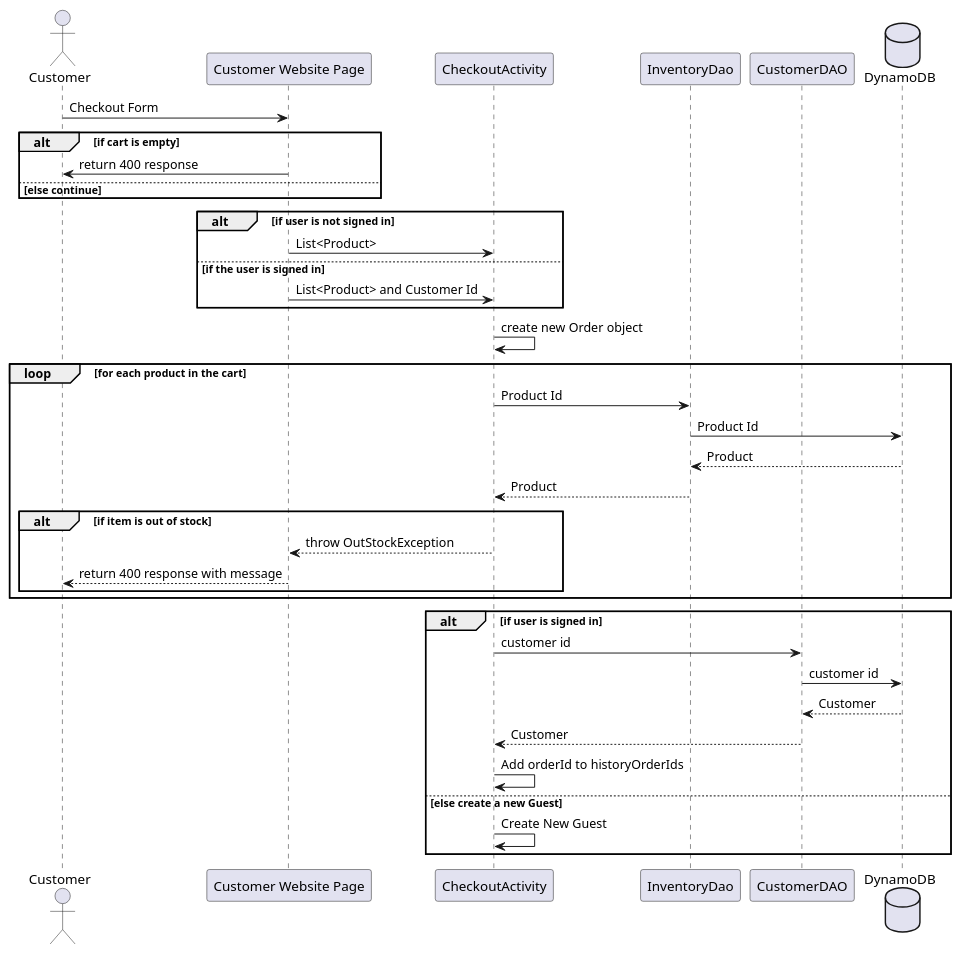
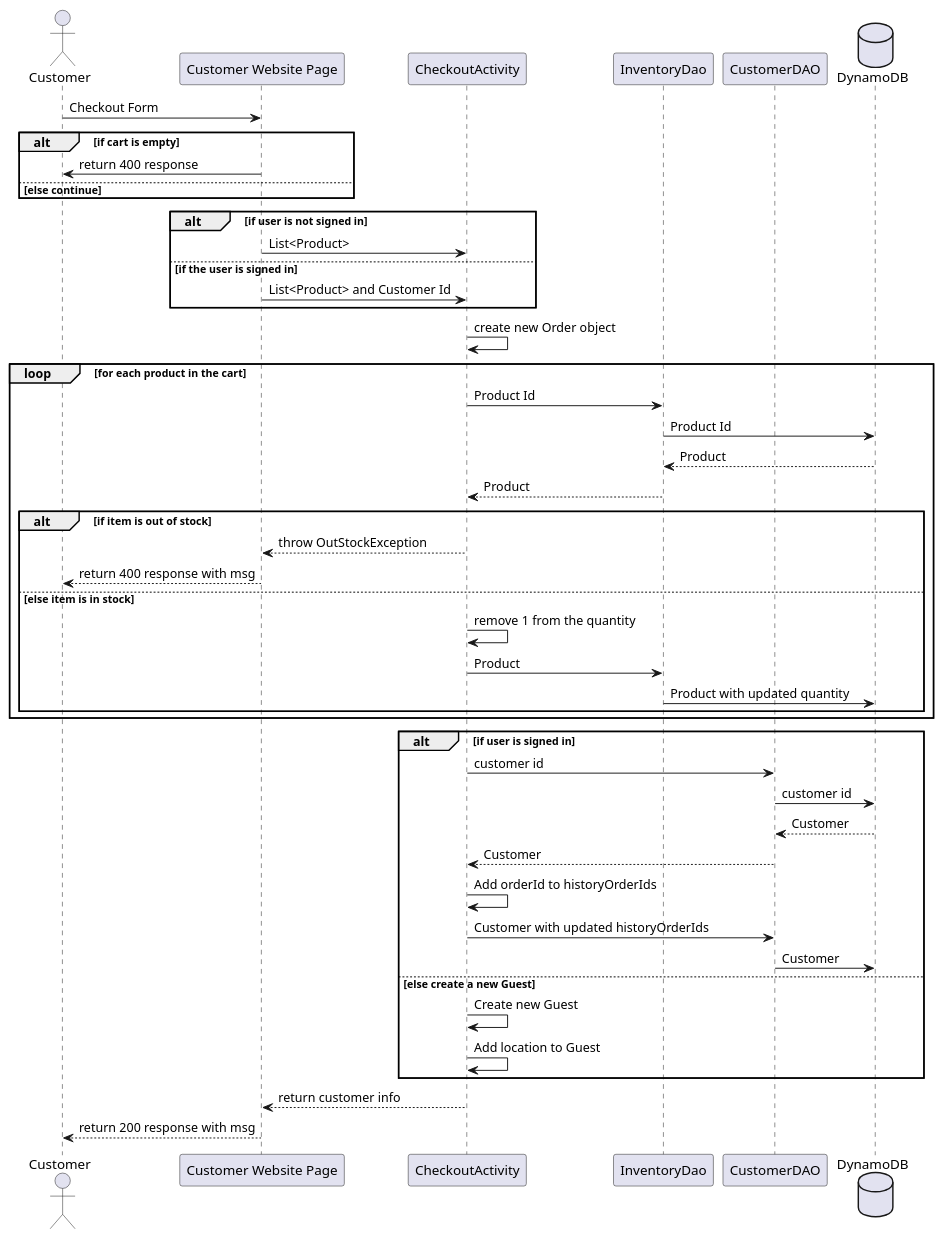
The diagram in project_documents/Design/Sequence Diagrams/CheckoutRequest.puml (sylviamohos/CoolWithCouleBackend), drawn with PlantUML before and after one commit.

Commit message:
Finished CheckoutRequest.puml

```diff
--- a/project_documents/Design/Sequence Diagrams/CheckoutRequest.puml
+++ b/project_documents/Design/Sequence Diagrams/CheckoutRequest.puml
@@ -1,46 +1,51 @@
 @startuml
 'https://plantuml.com/sequence-diagram
 
 actor "Customer" as client
 participant "Customer Website Page" as apiGateway
 participant "CheckoutActivity" as checkoutActivity
 participant "InventoryDao" as inventoryDao
 participant "CustomerDAO" as customerDao
 database "DynamoDB" as dynamoDB
 
 client -> apiGateway : Checkout Form
 alt if cart is empty
 apiGateway -> client : return 400 response
 else else continue
 end
 alt if user is not signed in
 apiGateway -> checkoutActivity : List<Product>
 else if the user is signed in
 apiGateway -> checkoutActivity : List<Product> and Customer Id
 end
 checkoutActivity -> checkoutActivity : create new Order object
 loop for each product in the cart
 checkoutActivity -> inventoryDao : Product Id
 inventoryDao -> dynamoDB : Product Id
 dynamoDB --> inventoryDao : Product
 inventoryDao --> checkoutActivity : Product
 alt if item is out of stock
 checkoutActivity --> apiGateway : throw OutStockException
-apiGateway --> client : return 400 response with message
+apiGateway --> client : return 400 response with msg
+else else item is in stock
+checkoutActivity -> checkoutActivity : remove 1 from the quantity
+checkoutActivity -> inventoryDao : Product
+inventoryDao -> dynamoDB : Product with updated quantity
 end
 end
-
 alt if user is signed in
 checkoutActivity -> customerDao : customer id
 customerDao -> dynamoDB : customer id
 dynamoDB --> customerDao : Customer
 customerDao --> checkoutActivity : Customer
 checkoutActivity -> checkoutActivity : Add orderId to historyOrderIds
+checkoutActivity -> customerDao : Customer with updated historyOrderIds
+customerDao -> dynamoDB : Customer
 else else create a new Guest
-checkoutActivity -> checkoutActivity : Create New Guest
+checkoutActivity -> checkoutActivity : Create new Guest
+checkoutActivity -> checkoutActivity : Add location to Guest
 end
-'TODO - Finish this diagram
-'TODO - Implement a way to -1 from each product quantity and update the dynamoDB
-'TODO - Implement a way to check out whether you are a signed in or not
-'TODO - discuss if checking out right now just adds the order to customer's the order history and reduces the quantity from a product
+checkoutActivity --> apiGateway : return customer info
+apiGateway --> client : return 200 response with msg
+
 @enduml
```
